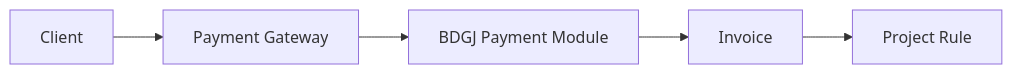
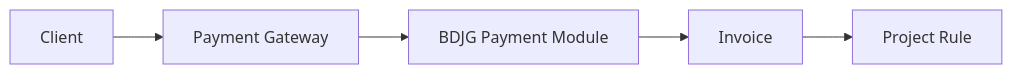
Before and after one commit to NanoKyuuun/BDJG: the sixth of 7 diagrams in docs/blueprint.md, drawn with Mermaid. The commit also changed other lines of this file, not shown here.

Commit message:
Refactor: rename BDGJ to BDJG

````diff
--- a/docs/blueprint.md
+++ b/docs/blueprint.md
@@ -2585,7 +2585,7 @@
 ```mermaid
 flowchart LR
     C[Client] --> PG[Payment Gateway]
-    PG --> PM[BDGJ Payment Module]
+    PG --> PM[BDJG Payment Module]
     PM --> INV[Invoice]
     INV --> PR[Project Rule]
 ```
````
